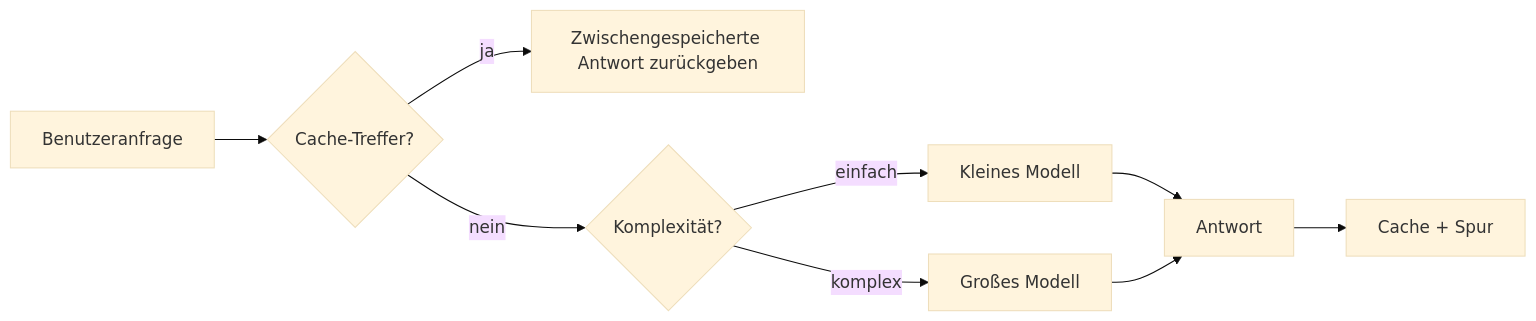
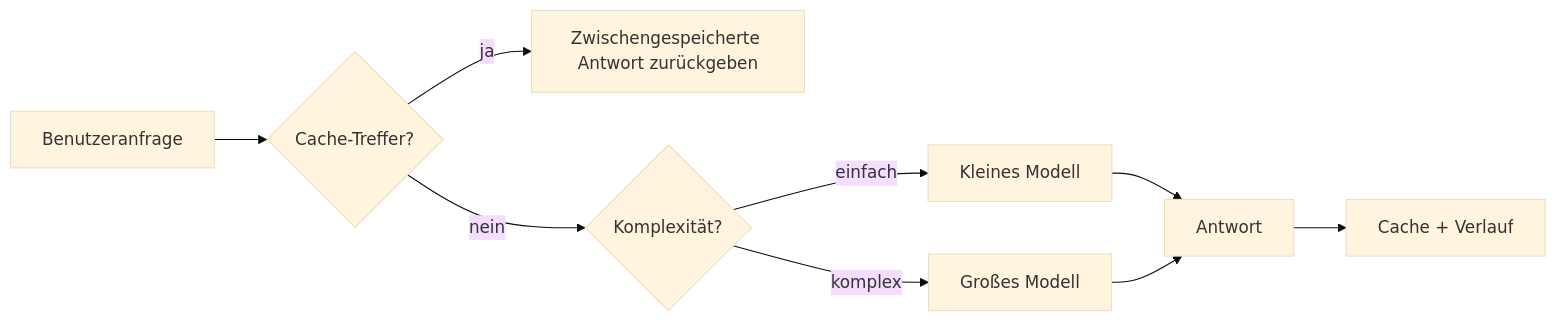
The third of 4 diagrams in translations/de/16-deploying-scalable-agents/README.md (microsoft/ai-agents-for-beginners), drawn with Mermaid (base theme) before and after one commit. The commit also changed other lines of this file and 47 other files, not shown here.

````diff
--- a/translations/de/16-deploying-scalable-agents/README.md
+++ b/translations/de/16-deploying-scalable-agents/README.md
@@ -134,11 +134,11 @@
 ```mermaid
 flowchart LR
     Q[Benutzeranfrage] --> C{Cache-Treffer?}
     C -->|ja| R[Zwischengespeicherte Antwort zurückgeben]
     C -->|nein| Router{Komplexität?}
     Router -->|einfach| SLM[Kleines Modell]
     Router -->|komplex| LLM[Großes Modell]
     SLM --> Out[Antwort]
     LLM --> Out
-    Out --> Store[Cache + Spur]
+    Out --> Store[Cache + Verlauf]
 ```
````
